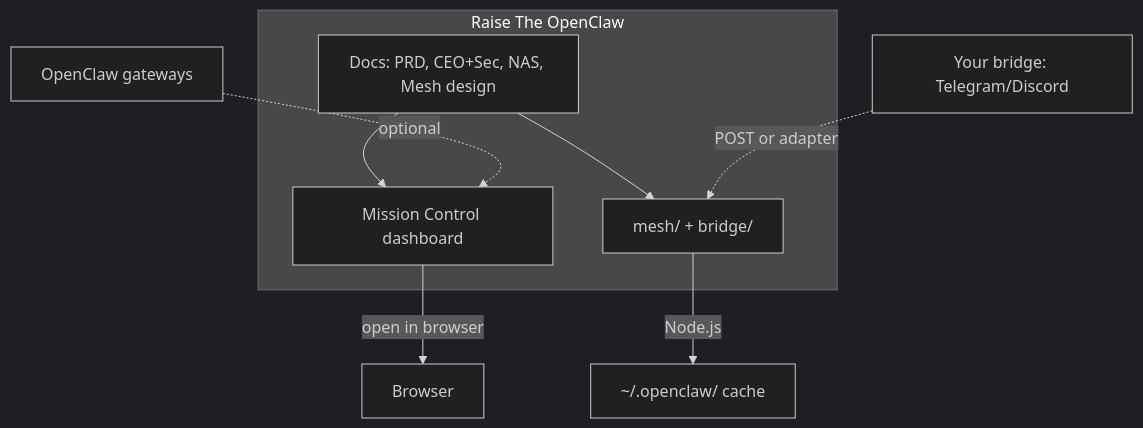
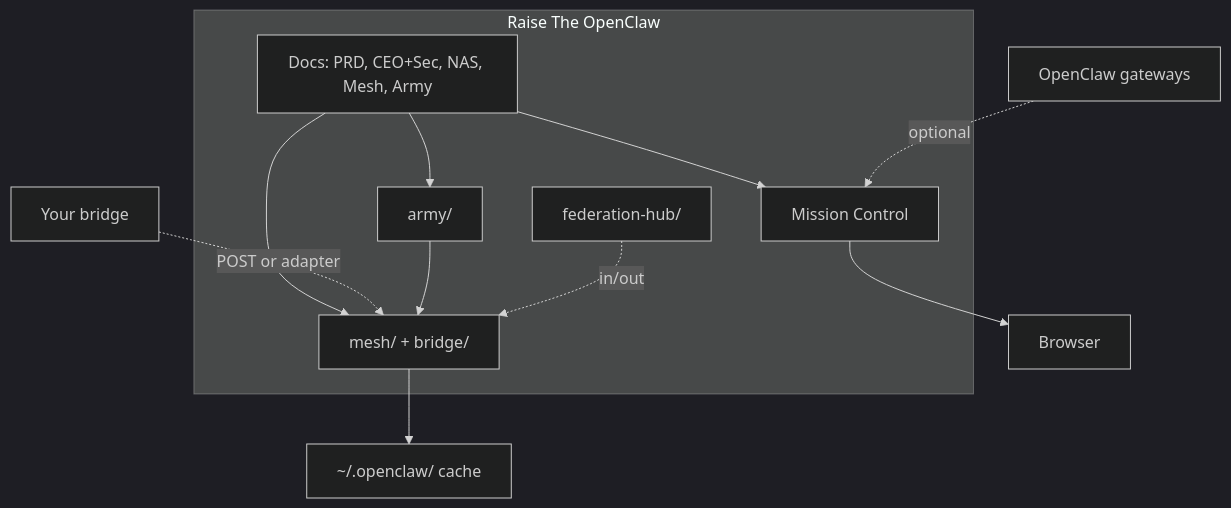
One commit to bgoldmann/Raise-The-OpenClaw changed the first of 2 diagrams in README.md. Above: the diagram before and after it, drawn with Mermaid (dark theme). The commit also changed other lines of this file and 9 other files, not shown here.

````diff
--- a/README.md
+++ b/README.md
@@ -11,14 +34,19 @@
 ```mermaid
 flowchart TB
   subgraph RTO["Raise The OpenClaw"]
-    Docs[Docs: PRD, CEO+Sec, NAS, Mesh design]
-    MC[Mission Control dashboard]
+    Docs[Docs: PRD, CEO+Sec, NAS, Mesh, Army]
+    MC[Mission Control]
     Mesh[mesh/ + bridge/]
+    Army[army/]
+    Fed[federation-hub/]
   end
   Docs --> MC
   Docs --> Mesh
-  MC --> |"open in browser"| Browser[Browser]
-  Mesh --> |"Node.js"| Cache["~/.openclaw/ cache"]
-  Bridge[Your bridge: Telegram/Discord] -.->|"POST or adapter"| Mesh
-  OpenClaw[OpenClaw gateways] -.->|"optional"| MC
+  Docs --> Army
+  MC --> Browser[Browser]
+  Mesh --> Cache["~/.openclaw/ cache"]
+  Bridge[Your bridge] -.->|POST or adapter| Mesh
+  OpenClaw[OpenClaw gateways] -.->|optional| MC
+  Army --> Mesh
+  Fed -.->|in/out| Mesh
 ```
````
